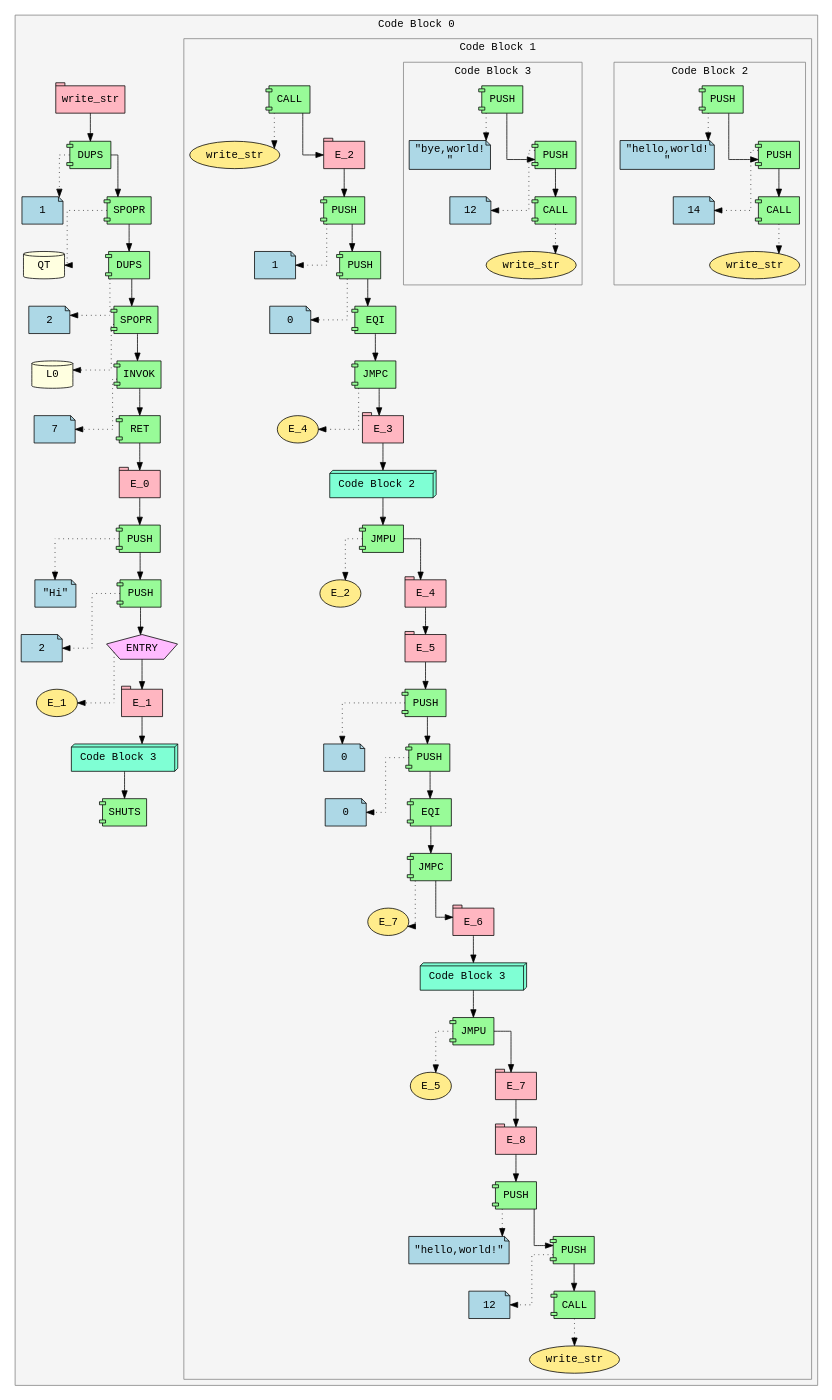
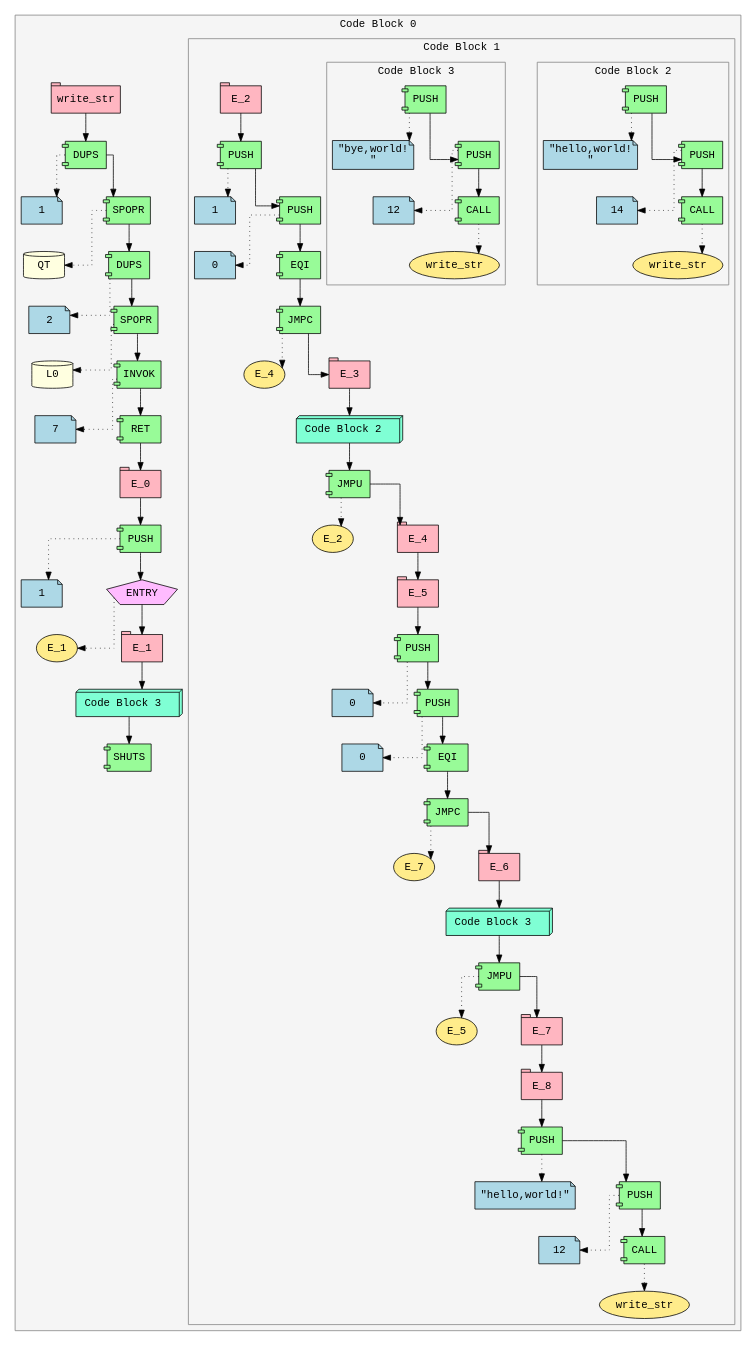
The diagram in ir.dot (Soham-Metha/IICT_Segfault_2025), drawn with Graphviz before and after one commit. The commit also changed 2 other files, not shown here.

```diff
--- a/ir.dot
+++ b/ir.dot
@@ -34,134 +34,126 @@
 Expr_13 [shape=tab style=filled fillcolor=lightpink fontname="Courier" label="E_0"]
 Expr_12 -> Expr_13;
 Expr_14 [shape=component style=filled fillcolor=palegreen fontname="Courier" label="PUSH"]
-Expr_15 [shape=note style=filled fillcolor=lightblue fontname="Courier" label="\"Hi\""]
+Expr_15 [shape=note style=filled fillcolor=lightblue fontname="Courier" label="1"]
 Expr_14 -> Expr_15 [style=dotted]
 Expr_13 -> Expr_14;
-Expr_16 [shape=component style=filled fillcolor=palegreen fontname="Courier" label="PUSH"]
-Expr_17 [shape=note style=filled fillcolor=lightblue fontname="Courier" label="2"]
+Expr_16 [shape=pentagon style=filled fillcolor=plum1 fontname="Courier" label="ENTRY"]
+Expr_17 [shape=ellipse style=filled fillcolor=lightgoldenrod1 fontname="Courier" label="E_1"]
 Expr_16 -> Expr_17 [style=dotted]
 Expr_14 -> Expr_16;
-Expr_18 [shape=pentagon style=filled fillcolor=plum1 fontname="Courier" label="ENTRY"]
-Expr_19 [shape=ellipse style=filled fillcolor=lightgoldenrod1 fontname="Courier" label="E_1"]
-Expr_18 -> Expr_19 [style=dotted]
+Expr_18 [shape=tab style=filled fillcolor=lightpink fontname="Courier" label="E_1"]
 Expr_16 -> Expr_18;
-Expr_20 [shape=tab style=filled fillcolor=lightpink fontname="Courier" label="E_1"]
-Expr_18 -> Expr_20;
-subgraph cluster_21 {
+subgraph cluster_19 {
 label="Code Block 1 ";
 style=filled;
 color=gray;
 fillcolor=whitesmoke;
 fontname="Courier";
-Expr_22 [shape=component style=filled fillcolor=palegreen fontname="Courier" label="CALL"]
-Expr_23 [shape=ellipse style=filled fillcolor=lightgoldenrod1 fontname="Courier" label="write_str"]
-Expr_22 -> Expr_23 [style=dotted]
-Expr_24 [shape=tab style=filled fillcolor=lightpink fontname="Courier" label="E_2"]
-Expr_22 -> Expr_24;
-Expr_25 [shape=component style=filled fillcolor=palegreen fontname="Courier" label="PUSH"]
-Expr_26 [shape=note style=filled fillcolor=lightblue fontname="Courier" label="1"]
-Expr_25 -> Expr_26 [style=dotted]
-Expr_24 -> Expr_25;
-Expr_27 [shape=component style=filled fillcolor=palegreen fontname="Courier" label="PUSH"]
-Expr_28 [shape=note style=filled fillcolor=lightblue fontname="Courier" label="0"]
-Expr_27 -> Expr_28 [style=dotted]
-Expr_25 -> Expr_27;
-Expr_29 [shape=component style=filled fillcolor=palegreen fontname="Courier" label="EQI"]
-Expr_27 -> Expr_29;
-Expr_30 [shape=component style=filled fillcolor=palegreen fontname="Courier" label="JMPC"]
-Expr_31 [shape=ellipse style=filled fillcolor=lightgoldenrod1 fontname="Courier" label="E_4"]
-Expr_30 -> Expr_31 [style=dotted]
-Expr_29 -> Expr_30;
-Expr_32 [shape=tab style=filled fillcolor=lightpink fontname="Courier" label="E_3"]
-Expr_30 -> Expr_32;
-subgraph cluster_33 {
+Expr_20 [shape=tab style=filled fillcolor=lightpink fontname="Courier" label="E_2"]
+Expr_21 [shape=component style=filled fillcolor=palegreen fontname="Courier" label="PUSH"]
+Expr_22 [shape=note style=filled fillcolor=lightblue fontname="Courier" label="1"]
+Expr_21 -> Expr_22 [style=dotted]
+Expr_20 -> Expr_21;
+Expr_23 [shape=component style=filled fillcolor=palegreen fontname="Courier" label="PUSH"]
+Expr_24 [shape=note style=filled fillcolor=lightblue fontname="Courier" label="0"]
+Expr_23 -> Expr_24 [style=dotted]
+Expr_21 -> Expr_23;
+Expr_25 [shape=component style=filled fillcolor=palegreen fontname="Courier" label="EQI"]
+Expr_23 -> Expr_25;
+Expr_26 [shape=component style=filled fillcolor=palegreen fontname="Courier" label="JMPC"]
+Expr_27 [shape=ellipse style=filled fillcolor=lightgoldenrod1 fontname="Courier" label="E_4"]
+Expr_26 -> Expr_27 [style=dotted]
+Expr_25 -> Expr_26;
+Expr_28 [shape=tab style=filled fillcolor=lightpink fontname="Courier" label="E_3"]
+Expr_26 -> Expr_28;
+subgraph cluster_29 {
 label="Code Block 2 ";
 style=filled;
 color=gray;
 fillcolor=whitesmoke;
 fontname="Courier";
-Expr_34 [shape=component style=filled fillcolor=palegreen fontname="Courier" label="PUSH"]
-Expr_35 [shape=note style=filled fillcolor=lightblue fontname="Courier" label="\"hello,world!\n\""]
+Expr_30 [shape=component style=filled fillcolor=palegreen fontname="Courier" label="PUSH"]
+Expr_31 [shape=note style=filled fillcolor=lightblue fontname="Courier" label="\"hello,world!\n\""]
+Expr_30 -> Expr_31 [style=dotted]
+Expr_32 [shape=component style=filled fillcolor=palegreen fontname="Courier" label="PUSH"]
+Expr_33 [shape=note style=filled fillcolor=lightblue fontname="Courier" label="14"]
+Expr_32 -> Expr_33 [style=dotted]
+Expr_30 -> Expr_32;
+Expr_34 [shape=component style=filled fillcolor=palegreen fontname="Courier" label="CALL"]
+Expr_35 [shape=ellipse style=filled fillcolor=lightgoldenrod1 fontname="Courier" label="write_str"]
 Expr_34 -> Expr_35 [style=dotted]
-Expr_36 [shape=component style=filled fillcolor=palegreen fontname="Courier" label="PUSH"]
-Expr_37 [shape=note style=filled fillcolor=lightblue fontname="Courier" label="14"]
+Expr_32 -> Expr_34;
+}
+Expr_29 [shape=box3d style=filled fillcolor=aquamarine fontname="Courier" label=" Code Block 2  "]
+Expr_28 -> Expr_29;
+Expr_36 [shape=component style=filled fillcolor=palegreen fontname="Courier" label="JMPU"]
+Expr_37 [shape=ellipse style=filled fillcolor=lightgoldenrod1 fontname="Courier" label="E_2"]
 Expr_36 -> Expr_37 [style=dotted]
-Expr_34 -> Expr_36;
-Expr_38 [shape=component style=filled fillcolor=palegreen fontname="Courier" label="CALL"]
-Expr_39 [shape=ellipse style=filled fillcolor=lightgoldenrod1 fontname="Courier" label="write_str"]
-Expr_38 -> Expr_39 [style=dotted]
+Expr_29 -> Expr_36;
+Expr_38 [shape=tab style=filled fillcolor=lightpink fontname="Courier" label="E_4"]
 Expr_36 -> Expr_38;
-}
-Expr_33 [shape=box3d style=filled fillcolor=aquamarine fontname="Courier" label=" Code Block 2  "]
-Expr_32 -> Expr_33;
-Expr_40 [shape=component style=filled fillcolor=palegreen fontname="Courier" label="JMPU"]
-Expr_41 [shape=ellipse style=filled fillcolor=lightgoldenrod1 fontname="Courier" label="E_2"]
+Expr_39 [shape=tab style=filled fillcolor=lightpink fontname="Courier" label="E_5"]
+Expr_38 -> Expr_39;
+Expr_40 [shape=component style=filled fillcolor=palegreen fontname="Courier" label="PUSH"]
+Expr_41 [shape=note style=filled fillcolor=lightblue fontname="Courier" label="0"]
 Expr_40 -> Expr_41 [style=dotted]
-Expr_33 -> Expr_40;
-Expr_42 [shape=tab style=filled fillcolor=lightpink fontname="Courier" label="E_4"]
+Expr_39 -> Expr_40;
+Expr_42 [shape=component style=filled fillcolor=palegreen fontname="Courier" label="PUSH"]
+Expr_43 [shape=note style=filled fillcolor=lightblue fontname="Courier" label="0"]
+Expr_42 -> Expr_43 [style=dotted]
 Expr_40 -> Expr_42;
-Expr_43 [shape=tab style=filled fillcolor=lightpink fontname="Courier" label="E_5"]
-Expr_42 -> Expr_43;
-Expr_44 [shape=component style=filled fillcolor=palegreen fontname="Courier" label="PUSH"]
-Expr_45 [shape=note style=filled fillcolor=lightblue fontname="Courier" label="0"]
-Expr_44 -> Expr_45 [style=dotted]
-Expr_43 -> Expr_44;
-Expr_46 [shape=component style=filled fillcolor=palegreen fontname="Courier" label="PUSH"]
-Expr_47 [shape=note style=filled fillcolor=lightblue fontname="Courier" label="0"]
-Expr_46 -> Expr_47 [style=dotted]
-Expr_44 -> Expr_46;
-Expr_48 [shape=component style=filled fillcolor=palegreen fontname="Courier" label="EQI"]
-Expr_46 -> Expr_48;
-Expr_49 [shape=component style=filled fillcolor=palegreen fontname="Courier" label="JMPC"]
-Expr_50 [shape=ellipse style=filled fillcolor=lightgoldenrod1 fontname="Courier" label="E_7"]
-Expr_49 -> Expr_50 [style=dotted]
-Expr_48 -> Expr_49;
-Expr_51 [shape=tab style=filled fillcolor=lightpink fontname="Courier" label="E_6"]
-Expr_49 -> Expr_51;
-subgraph cluster_52 {
+Expr_44 [shape=component style=filled fillcolor=palegreen fontname="Courier" label="EQI"]
+Expr_42 -> Expr_44;
+Expr_45 [shape=component style=filled fillcolor=palegreen fontname="Courier" label="JMPC"]
+Expr_46 [shape=ellipse style=filled fillcolor=lightgoldenrod1 fontname="Courier" label="E_7"]
+Expr_45 -> Expr_46 [style=dotted]
+Expr_44 -> Expr_45;
+Expr_47 [shape=tab style=filled fillcolor=lightpink fontname="Courier" label="E_6"]
+Expr_45 -> Expr_47;
+subgraph cluster_48 {
 label="Code Block 3 ";
 style=filled;
 color=gray;
 fillcolor=whitesmoke;
 fontname="Courier";
-Expr_53 [shape=component style=filled fillcolor=palegreen fontname="Courier" label="PUSH"]
-Expr_54 [shape=note style=filled fillcolor=lightblue fontname="Courier" label="\"bye,world!\n\""]
+Expr_49 [shape=component style=filled fillcolor=palegreen fontname="Courier" label="PUSH"]
+Expr_50 [shape=note style=filled fillcolor=lightblue fontname="Courier" label="\"bye,world!\n\""]
+Expr_49 -> Expr_50 [style=dotted]
+Expr_51 [shape=component style=filled fillcolor=palegreen fontname="Courier" label="PUSH"]
+Expr_52 [shape=note style=filled fillcolor=lightblue fontname="Courier" label="12"]
+Expr_51 -> Expr_52 [style=dotted]
+Expr_49 -> Expr_51;
+Expr_53 [shape=component style=filled fillcolor=palegreen fontname="Courier" label="CALL"]
+Expr_54 [shape=ellipse style=filled fillcolor=lightgoldenrod1 fontname="Courier" label="write_str"]
 Expr_53 -> Expr_54 [style=dotted]
-Expr_55 [shape=component style=filled fillcolor=palegreen fontname="Courier" label="PUSH"]
-Expr_56 [shape=note style=filled fillcolor=lightblue fontname="Courier" label="12"]
+Expr_51 -> Expr_53;
+}
+Expr_48 [shape=box3d style=filled fillcolor=aquamarine fontname="Courier" label=" Code Block 3  "]
+Expr_47 -> Expr_48;
+Expr_55 [shape=component style=filled fillcolor=palegreen fontname="Courier" label="JMPU"]
+Expr_56 [shape=ellipse style=filled fillcolor=lightgoldenrod1 fontname="Courier" label="E_5"]
 Expr_55 -> Expr_56 [style=dotted]
-Expr_53 -> Expr_55;
-Expr_57 [shape=component style=filled fillcolor=palegreen fontname="Courier" label="CALL"]
-Expr_58 [shape=ellipse style=filled fillcolor=lightgoldenrod1 fontname="Courier" label="write_str"]
-Expr_57 -> Expr_58 [style=dotted]
+Expr_48 -> Expr_55;
+Expr_57 [shape=tab style=filled fillcolor=lightpink fontname="Courier" label="E_7"]
 Expr_55 -> Expr_57;
+Expr_58 [shape=tab style=filled fillcolor=lightpink fontname="Courier" label="E_8"]
+Expr_57 -> Expr_58;
+Expr_59 [shape=component style=filled fillcolor=palegreen fontname="Courier" label="PUSH"]
+Expr_60 [shape=note style=filled fillcolor=lightblue fontname="Courier" label="\"hello,world!\""]
+Expr_59 -> Expr_60 [style=dotted]
+Expr_58 -> Expr_59;
+Expr_61 [shape=component style=filled fillcolor=palegreen fontname="Courier" label="PUSH"]
+Expr_62 [shape=note style=filled fillcolor=lightblue fontname="Courier" label="12"]
+Expr_61 -> Expr_62 [style=dotted]
+Expr_59 -> Expr_61;
+Expr_63 [shape=component style=filled fillcolor=palegreen fontname="Courier" label="CALL"]
+Expr_64 [shape=ellipse style=filled fillcolor=lightgoldenrod1 fontname="Courier" label="write_str"]
+Expr_63 -> Expr_64 [style=dotted]
+Expr_61 -> Expr_63;
 }
-Expr_52 [shape=box3d style=filled fillcolor=aquamarine fontname="Courier" label=" Code Block 3  "]
-Expr_51 -> Expr_52;
-Expr_59 [shape=component style=filled fillcolor=palegreen fontname="Courier" label="JMPU"]
-Expr_60 [shape=ellipse style=filled fillcolor=lightgoldenrod1 fontname="Courier" label="E_5"]
-Expr_59 -> Expr_60 [style=dotted]
-Expr_52 -> Expr_59;
-Expr_61 [shape=tab style=filled fillcolor=lightpink fontname="Courier" label="E_7"]
-Expr_59 -> Expr_61;
-Expr_62 [shape=tab style=filled fillcolor=lightpink fontname="Courier" label="E_8"]
-Expr_61 -> Expr_62;
-Expr_63 [shape=component style=filled fillcolor=palegreen fontname="Courier" label="PUSH"]
-Expr_64 [shape=note style=filled fillcolor=lightblue fontname="Courier" label="\"hello,world!\""]
-Expr_63 -> Expr_64 [style=dotted]
-Expr_62 -> Expr_63;
-Expr_65 [shape=component style=filled fillcolor=palegreen fontname="Courier" label="PUSH"]
-Expr_66 [shape=note style=filled fillcolor=lightblue fontname="Courier" label="12"]
-Expr_65 -> Expr_66 [style=dotted]
-Expr_63 -> Expr_65;
-Expr_67 [shape=component style=filled fillcolor=palegreen fontname="Courier" label="CALL"]
-Expr_68 [shape=ellipse style=filled fillcolor=lightgoldenrod1 fontname="Courier" label="write_str"]
-Expr_67 -> Expr_68 [style=dotted]
-Expr_65 -> Expr_67;
-}
-Expr_21 [shape=box3d style=filled fillcolor=aquamarine fontname="Courier" label=" Code Block 3  "]
-Expr_20 -> Expr_21;
-Expr_69 [shape=component style=filled fillcolor=palegreen fontname="Courier" label="SHUTS"]
-Expr_21 -> Expr_69;
+Expr_19 [shape=box3d style=filled fillcolor=aquamarine fontname="Courier" label=" Code Block 3  "]
+Expr_18 -> Expr_19;
+Expr_65 [shape=component style=filled fillcolor=palegreen fontname="Courier" label="SHUTS"]
+Expr_19 -> Expr_65;
 }
 }
```
